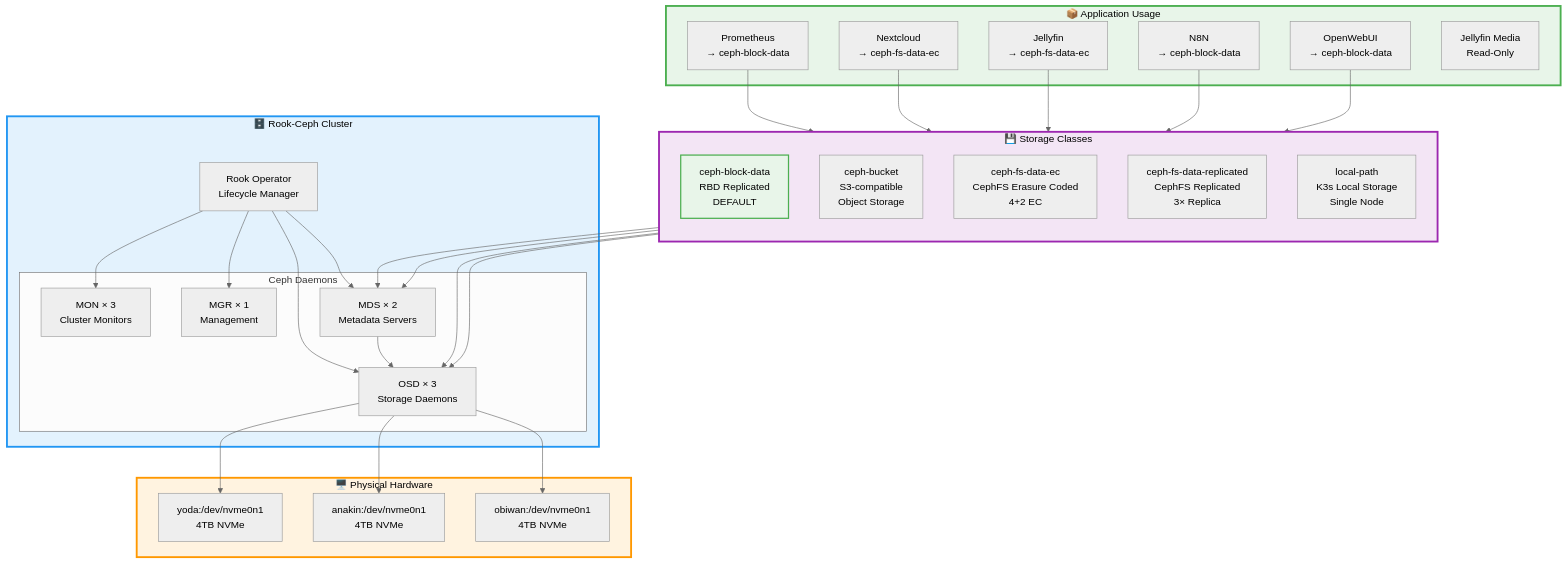
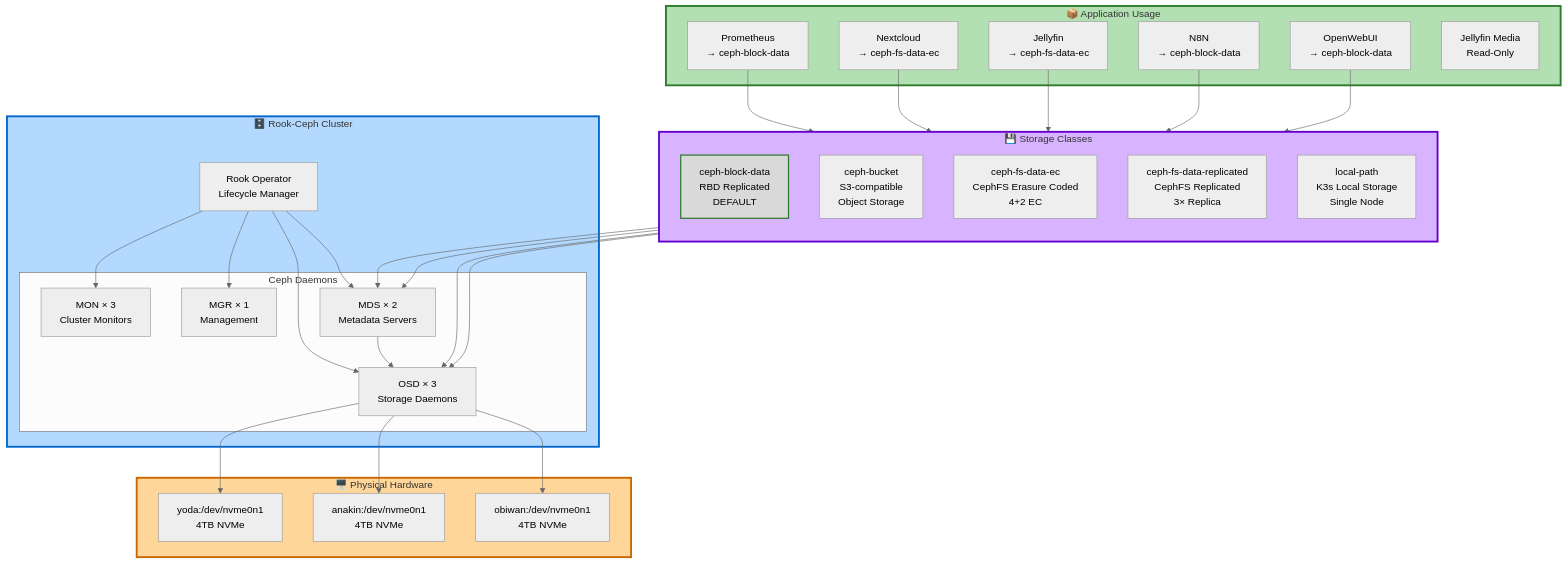
The fourth of 6 diagrams in docs/wiki/02-Architecture.md (seadogger-tech/seadogger-homelab), drawn with Mermaid (neutral theme) before and after one commit. The commit also changed other lines of this file and 1 other file, not shown here.

````diff
--- a/docs/wiki/02-Architecture.md
+++ b/docs/wiki/02-Architecture.md
@@ -221,64 +221,64 @@
 ```mermaid
 graph TB
     subgraph RookCeph["🗄️ Rook-Ceph Cluster"]
         Operator[Rook Operator<br/>Lifecycle Manager]
 
         subgraph Daemons["Ceph Daemons"]
             MON[MON × 3<br/>Cluster Monitors]
             MGR[MGR × 1<br/>Management]
             OSD[OSD × 3<br/>Storage Daemons]
             MDS[MDS × 2<br/>Metadata Servers]
         end
     end
 
     subgraph Storage["💾 Storage Classes"]
         direction TB
         Default[ceph-block-data<br/>RBD Replicated<br/>DEFAULT]
         Bucket[ceph-bucket<br/>S3-compatible<br/>Object Storage]
         FSEC[ceph-fs-data-ec<br/>CephFS Erasure Coded<br/>4+2 EC]
         FSRep[ceph-fs-data-replicated<br/>CephFS Replicated<br/>3× Replica]
         LocalPath[local-path<br/>K3s Local Storage<br/>Single Node]
     end
 
     subgraph Hardware["🖥️ Physical Hardware"]
         NVMe1[yoda:/dev/nvme0n1<br/>4TB NVMe]
         NVMe2[anakin:/dev/nvme0n1<br/>4TB NVMe]
         NVMe3[obiwan:/dev/nvme0n1<br/>4TB NVMe]
     end
 
     subgraph AppsLayer["📦 Application Usage"]
         PrometheusApp[Prometheus<br/>→ ceph-block-data]
         NextcloudApp[Nextcloud<br/>→ ceph-fs-data-ec]
         JellyfinApp[Jellyfin<br/>→ ceph-fs-data-ec]
         N8NApp[N8N<br/>→ ceph-block-data]
         OpenWebUIApp[OpenWebUI<br/>→ ceph-block-data]
         JellyfinMedia[Jellyfin Media<br/>Read-Only]
     end
 
     Operator --> MON
     Operator --> MGR
     Operator --> OSD
     Operator --> MDS
 
     OSD --> NVMe1
     OSD --> NVMe2
     OSD --> NVMe3
 
     Default --> OSD
     Bucket --> OSD
     FSEC --> MDS
     FSRep --> MDS
     MDS --> OSD
 
     PrometheusApp --> Default
     NextcloudApp --> FSEC
     JellyfinApp --> FSEC
     N8NApp --> Default
     OpenWebUIApp --> Default
 
-    style RookCeph fill:#e3f2fd,stroke:#2196f3,stroke-width:3px,color:#000
-    style Storage fill:#f3e5f5,stroke:#9c27b0,stroke-width:3px,color:#000
-    style Hardware fill:#fff3e0,stroke:#ff9800,stroke-width:3px,color:#000
-    style AppsLayer fill:#e8f5e9,stroke:#4caf50,stroke-width:3px,color:#000
-    style Default fill:#e8f5e9,stroke:#4caf50,stroke-width:2px,color:#000
+    style RookCeph fill:#b3d9ff,stroke:#0066cc,stroke-width:3px
+    style Storage fill:#d8b3ff,stroke:#6600cc,stroke-width:3px
+    style Hardware fill:#ffd699,stroke:#cc6600,stroke-width:3px
+    style AppsLayer fill:#b3e0b3,stroke:#2d7a2d,stroke-width:3px
+    style Default fill:#d9d9d9,stroke:#2d7a2d,stroke-width:2px
 ```
````
